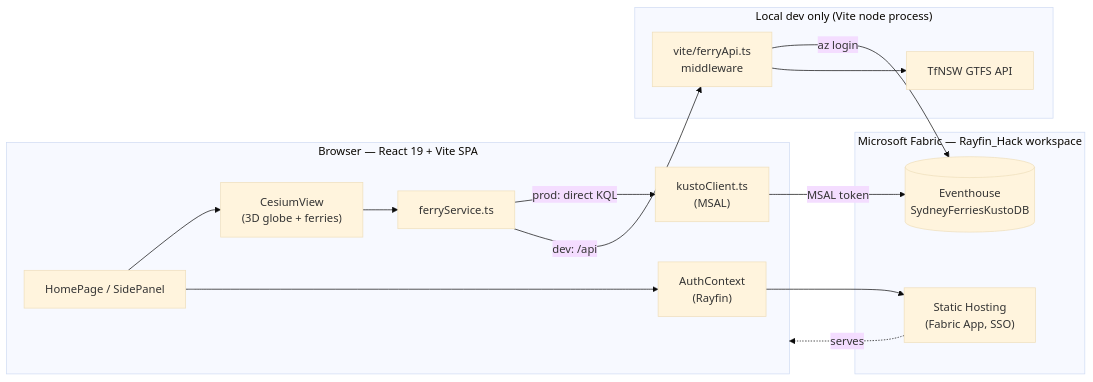
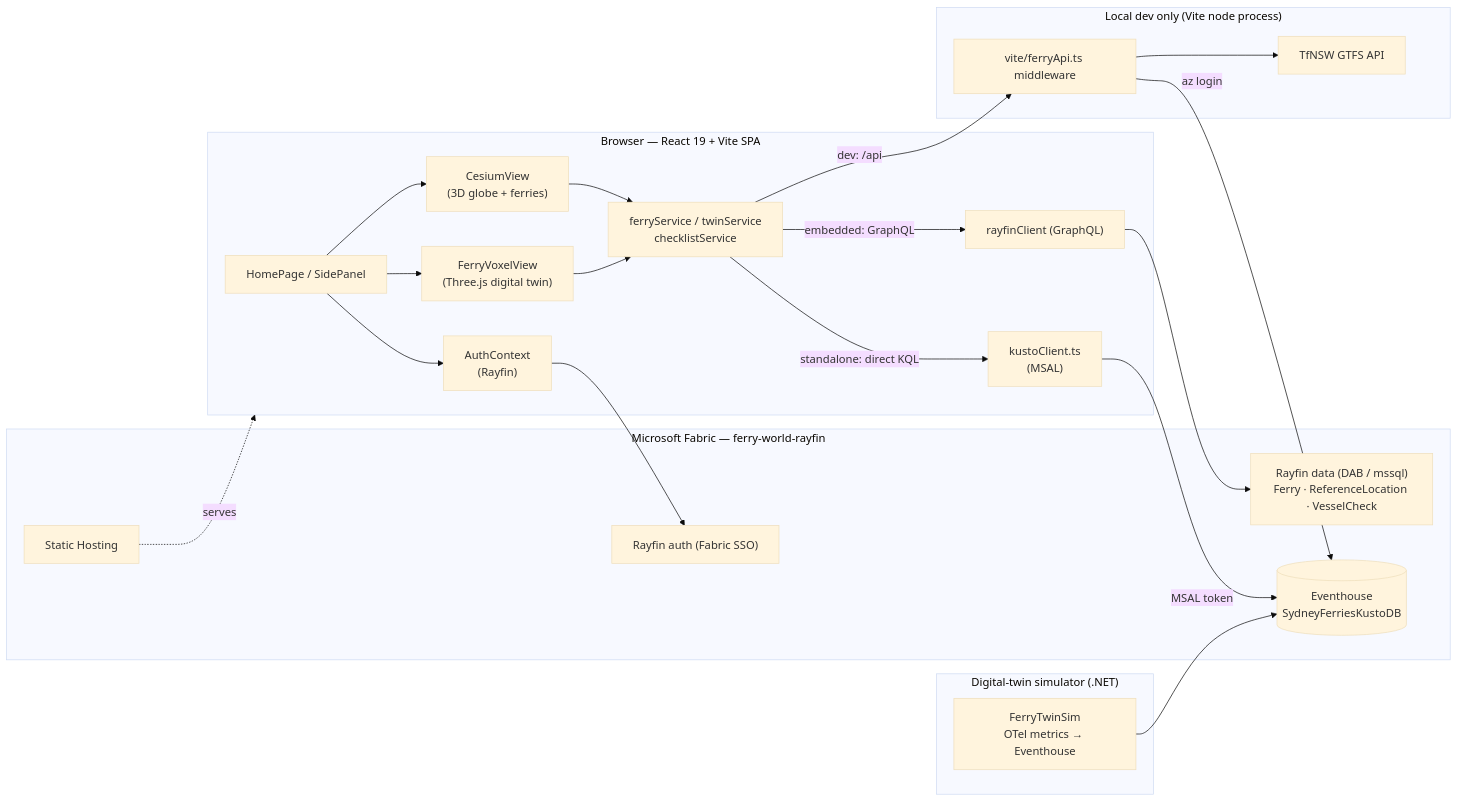
One commit to qkfang/ferry-world-rayfin changed the first of 5 diagrams in README.md. Above: the diagram before and after it, drawn with Mermaid (base theme). The commit also changed other lines of this file and 3 other files, not shown here.

Commit message:
Enhance FerryVoxelView with HarbourBackdrop for improved visuals; refactor water rendering and update fog settings

````diff
--- a/README.md
+++ b/README.md
@@ -24,27 +33,38 @@
 ```mermaid
 flowchart LR
     subgraph Browser["Browser — React 19 + Vite SPA"]
         UI["HomePage / SidePanel"]
         Cesium["CesiumView<br/>(3D globe + ferries)"]
-        Svc["ferryService.ts"]
+        Voxel["FerryVoxelView<br/>(Three.js digital twin)"]
+        Svc["ferryService / twinService<br/>checklistService"]
         Auth["AuthContext<br/>(Rayfin)"]
+        Rc["rayfinClient (GraphQL)"]
         Kusto["kustoClient.ts<br/>(MSAL)"]
     end
 
-    subgraph Fabric["Microsoft Fabric — Rayfin_Hack workspace"]
-        Static["Static Hosting<br/>(Fabric App, SSO)"]
+    subgraph Fabric["Microsoft Fabric — ferry-world-rayfin"]
+        SSO["Rayfin auth (Fabric SSO)"]
+        Data["Rayfin data (DAB / mssql)<br/>Ferry · ReferenceLocation · VesselCheck"]
+        Static["Static Hosting"]
         EH[("Eventhouse<br/>SydneyFerriesKustoDB")]
     end
 
+    subgraph Sim["Digital-twin simulator (.NET)"]
+        Twin["FerryTwinSim<br/>OTel metrics → Eventhouse"]
+    end
+
     subgraph Dev["Local dev only (Vite node process)"]
-        Mid["vite/ferryApi.ts<br/>middleware"]
+        Mid["vite/ferryApi.ts middleware"]
         GTFS["TfNSW GTFS API"]
     end
 
     UI --> Cesium --> Svc
-    UI --> Auth --> Static
-    Svc -->|prod: direct KQL| Kusto -->|MSAL token| EH
+    UI --> Voxel --> Svc
+    UI --> Auth --> SSO
+    Svc -->|embedded: GraphQL| Rc --> Data
+    Svc -->|standalone: direct KQL| Kusto -->|MSAL token| EH
     Svc -->|dev: /api| Mid -->|az login| EH
     Mid --> GTFS
+    Twin --> EH
     Static -. serves .-> Browser
 ```
````
